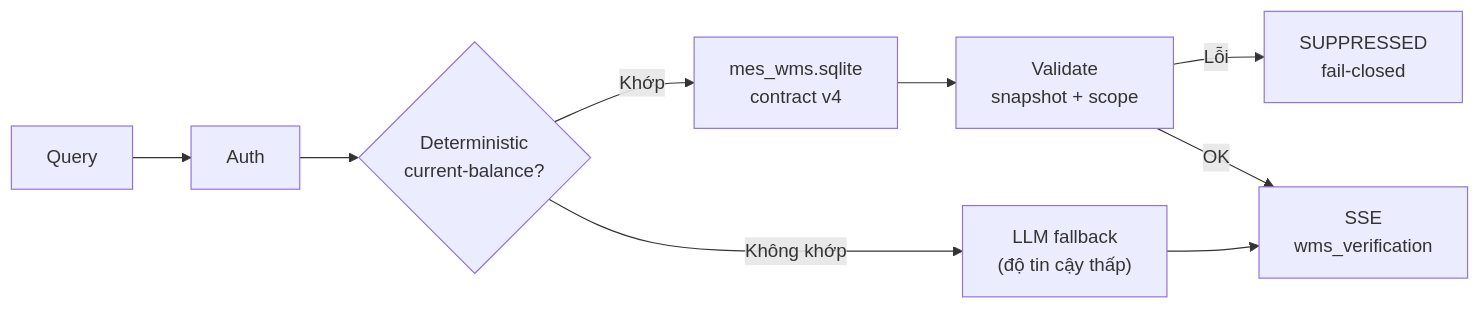
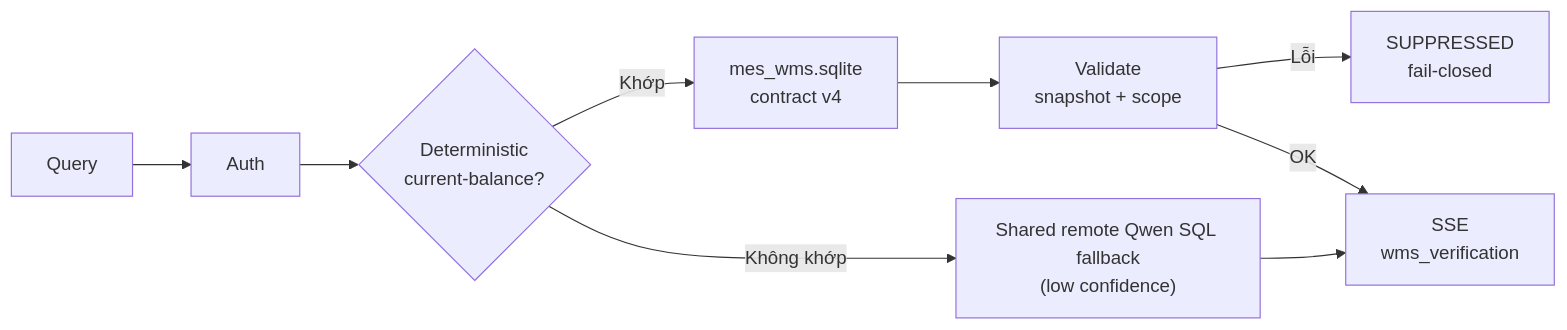
One commit to JKLover0909/VLLM-PD changed the fourth of 9 diagrams in Markdowns/ARCHITECTURE.md. Above: the diagram before and after it, drawn with Mermaid. The commit also changed other lines of this file and 87 other files, not shown here.

````diff
--- a/Markdowns/ARCHITECTURE.md
+++ b/Markdowns/ARCHITECTURE.md
@@ -87,11 +90,11 @@
 ```mermaid
 flowchart LR
     Q["Query"] --> Auth["Auth"]
     Auth --> DET{"Deterministic\ncurrent-balance?"}
     DET -->|Khớp| SNAP["mes_wms.sqlite\ncontract v4"]
-    DET -->|Không khớp| FB["LLM fallback\n(độ tin cậy thấp)"]
+    DET -->|Không khớp| FB["Shared remote Qwen SQL fallback\n(low confidence)"]
     SNAP --> VAL["Validate\nsnapshot + scope"]
     VAL -->|Lỗi| SUP["SUPPRESSED\nfail-closed"]
     VAL -->|OK| SSE["SSE\nwms_verification"]
     FB --> SSE
 ```
````
